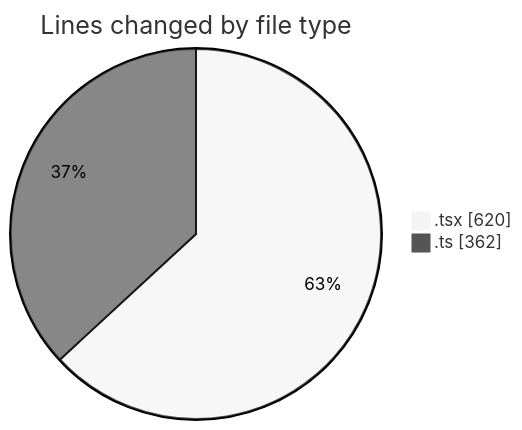
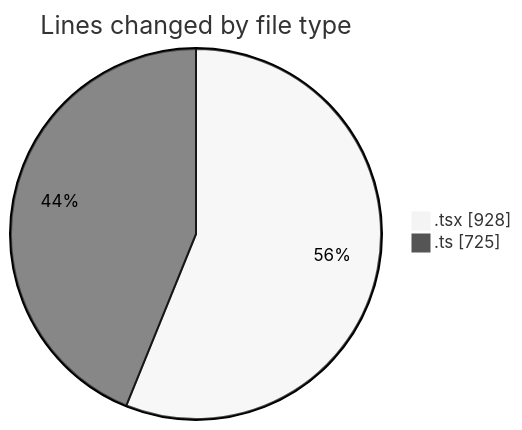
Before and after one commit to nxtqubesakshisongat/code-tracking: the first of 2 diagrams in 2026-02-18/nxtqube_webapp/README.md, drawn with Mermaid (neutral theme). The commit also changed other lines of this file and 1 other file, not shown here.

````diff
--- a/2026-02-18/nxtqube_webapp/README.md
+++ b/2026-02-18/nxtqube_webapp/README.md
@@ -25,6 +25,6 @@
 ```mermaid
 pie showData
 title Lines changed by file type
-".tsx" : 620
-".ts" : 362
+".tsx" : 928
+".ts" : 725
 ```
````
